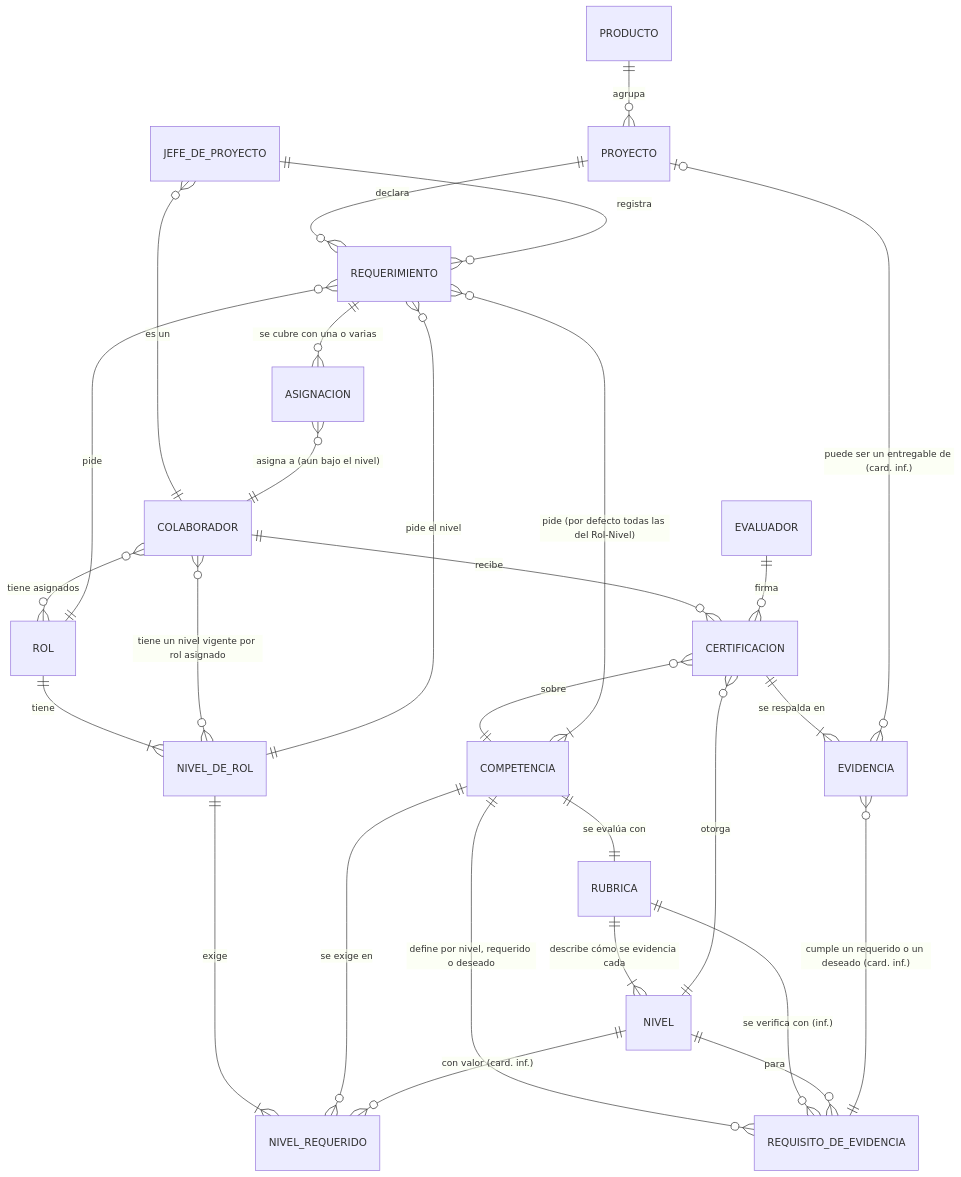
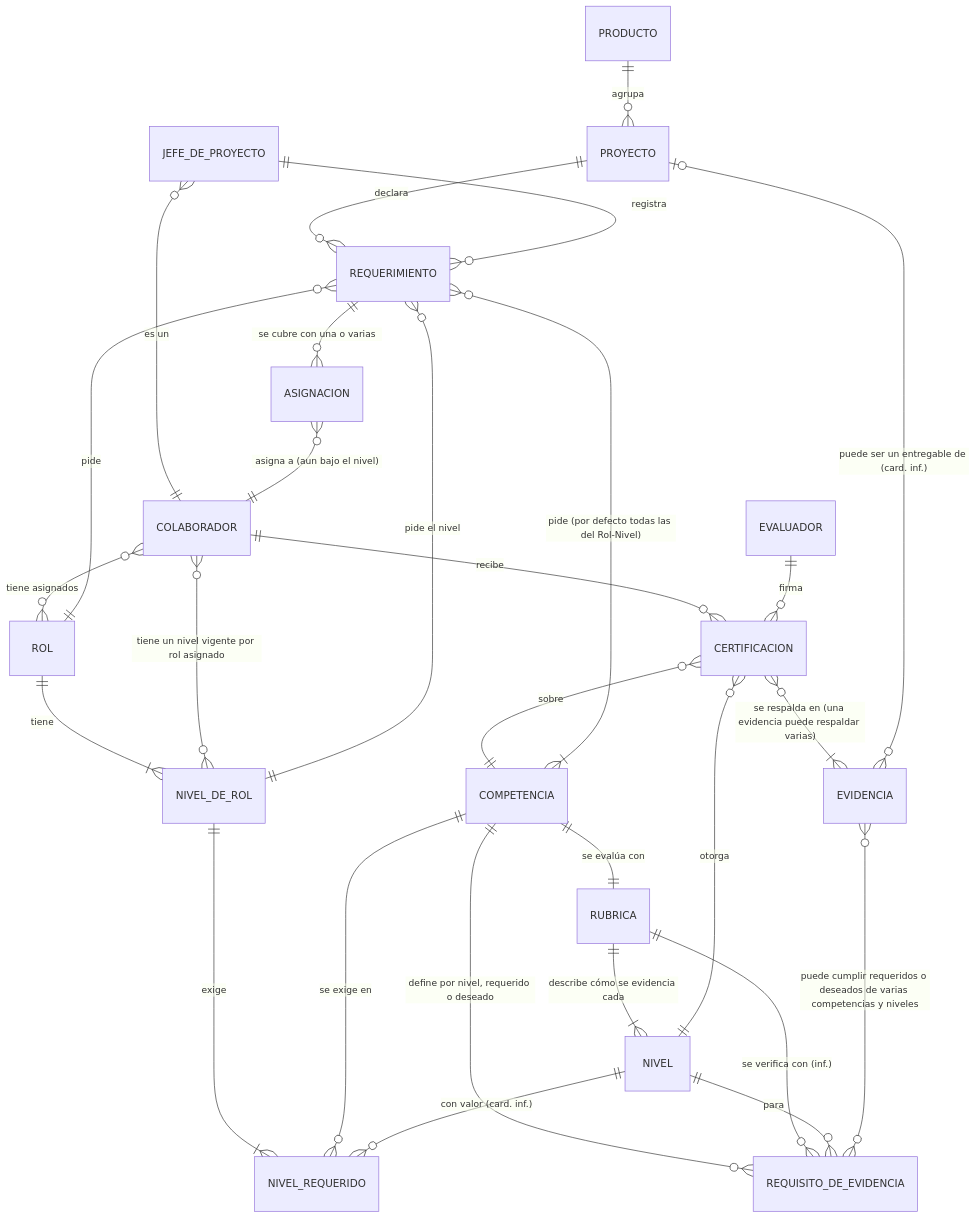
One commit to ianache/training-manager changed the first of 4 diagrams in knowledge-base/business/information-model/IMD-001-modelo-de-informacion-conceptual.md. Above: the diagram before and after it, drawn with Mermaid. The commit also changed other lines of this file and 17 other files, not shown here.

Commit message:
docs(kb): IMD-001 con evidencia como entidad propia y R-20 y R-07 N:M; calificación CUMPLE/NO CUMPLE y evidencias GitLab como URLs (EVD-2026-0210..0213)

````diff
--- a/knowledge-base/business/information-model/IMD-001-modelo-de-informacion-conceptual.md
+++ b/knowledge-base/business/information-model/IMD-001-modelo-de-informacion-conceptual.md
@@ -46,30 +46,30 @@
 ```mermaid
 erDiagram
     PRODUCTO ||--o{ PROYECTO : "agrupa"
     ROL ||--|{ NIVEL_DE_ROL : "tiene"
     NIVEL_DE_ROL ||--|{ NIVEL_REQUERIDO : "exige"
     COMPETENCIA ||--o{ NIVEL_REQUERIDO : "se exige en"
     NIVEL ||--o{ NIVEL_REQUERIDO : "con valor (card. inf.)"
     COMPETENCIA ||--o{ REQUISITO_DE_EVIDENCIA : "define por nivel, requerido o deseado"
     COMPETENCIA ||--|| RUBRICA : "se evalúa con"
     RUBRICA ||--|{ NIVEL : "describe cómo se evidencia cada"
     RUBRICA ||--o{ REQUISITO_DE_EVIDENCIA : "se verifica con (inf.)"
     NIVEL ||--o{ REQUISITO_DE_EVIDENCIA : "para"
     COLABORADOR ||--o{ CERTIFICACION : "recibe"
     COLABORADOR }o--o{ ROL : "tiene asignados"
     COLABORADOR }o--o{ NIVEL_DE_ROL : "tiene un nivel vigente por rol asignado"
     EVALUADOR ||--o{ CERTIFICACION : "firma"
     CERTIFICACION }o--|| COMPETENCIA : "sobre"
     CERTIFICACION }o--|| NIVEL : "otorga"
-    CERTIFICACION ||--|{ EVIDENCIA : "se respalda en"
+    CERTIFICACION }o--|{ EVIDENCIA : "se respalda en (una evidencia puede respaldar varias)"
     EVIDENCIA }o--o| PROYECTO : "puede ser un entregable de (card. inf.)"
-    EVIDENCIA }o--|| REQUISITO_DE_EVIDENCIA : "cumple un requerido o un deseado (card. inf.)"
+    EVIDENCIA }o--o{ REQUISITO_DE_EVIDENCIA : "puede cumplir requeridos o deseados de varias competencias y niveles"
     PROYECTO ||--o{ REQUERIMIENTO : "declara"
     JEFE_DE_PROYECTO ||--o{ REQUERIMIENTO : "registra"
     JEFE_DE_PROYECTO }o--|| COLABORADOR : "es un"
     REQUERIMIENTO }o--|| ROL : "pide"
     REQUERIMIENTO }o--|| NIVEL_DE_ROL : "pide el nivel"
     REQUERIMIENTO }o--|{ COMPETENCIA : "pide (por defecto todas las del Rol-Nivel)"
     REQUERIMIENTO ||--o{ ASIGNACION : "se cubre con una o varias"
     ASIGNACION }o--|| COLABORADOR : "asigna a (aun bajo el nivel)"
 ```
````
